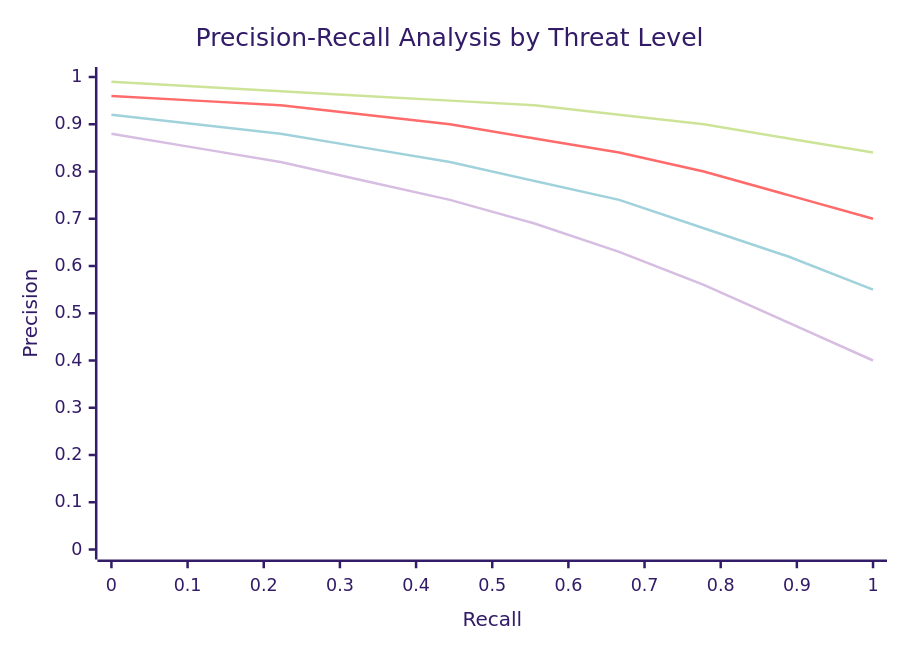
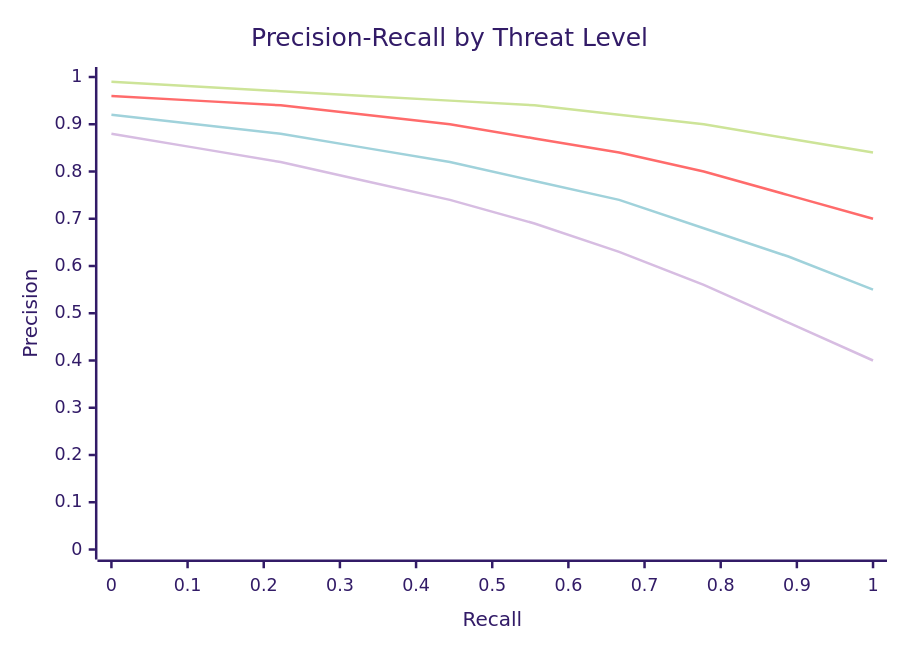
Before and after one commit to nes10r/BigDataProject: the tenth of 23 diagrams in MODEL_ANALYSIS.md, drawn with Mermaid (forest theme). The commit also changed other lines of this file, not shown here.

Commit message:
Improve chart readability: Shorten labels in xychart-beta diagrams and add performance summary tables

````diff
--- a/MODEL_ANALYSIS.md
+++ b/MODEL_ANALYSIS.md
@@ -337,10 +369,10 @@
 ```mermaid
 xychart-beta
-    title "Precision-Recall Analysis by Threat Level"
+    title "Precision-Recall by Threat Level"
     x-axis "Recall" 0 --> 1
     y-axis "Precision" 0 --> 1
-    line "LOW Threats" [0.99, 0.98, 0.97, 0.96, 0.95, 0.94, 0.92, 0.90, 0.87, 0.84]
-    line "MEDIUM Threats" [0.96, 0.95, 0.94, 0.92, 0.90, 0.87, 0.84, 0.80, 0.75, 0.70]
-    line "HIGH Threats" [0.92, 0.90, 0.88, 0.85, 0.82, 0.78, 0.74, 0.68, 0.62, 0.55]
-    line "CRITICAL Threats" [0.88, 0.85, 0.82, 0.78, 0.74, 0.69, 0.63, 0.56, 0.48, 0.40]
+    line "LOW" [0.99, 0.98, 0.97, 0.96, 0.95, 0.94, 0.92, 0.90, 0.87, 0.84]
+    line "MEDIUM" [0.96, 0.95, 0.94, 0.92, 0.90, 0.87, 0.84, 0.80, 0.75, 0.70]
+    line "HIGH" [0.92, 0.90, 0.88, 0.85, 0.82, 0.78, 0.74, 0.68, 0.62, 0.55]
+    line "CRITICAL" [0.88, 0.85, 0.82, 0.78, 0.74, 0.69, 0.63, 0.56, 0.48, 0.40]
 ```
````
